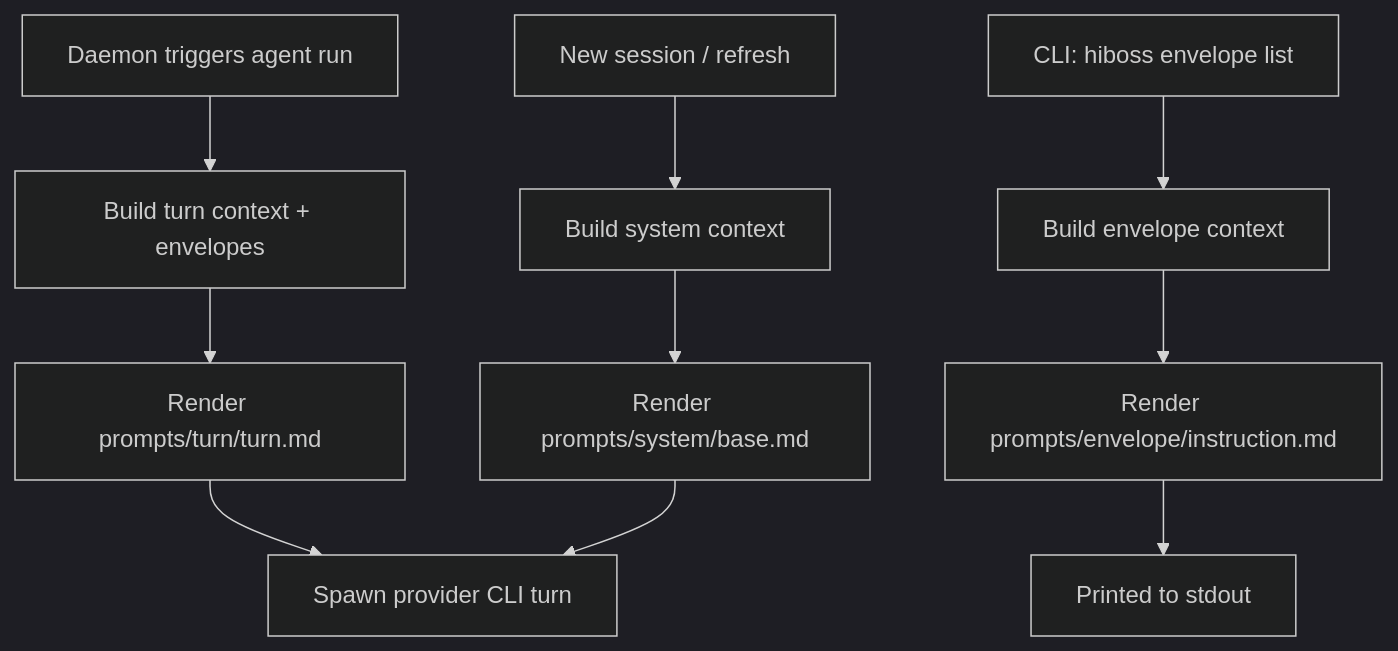
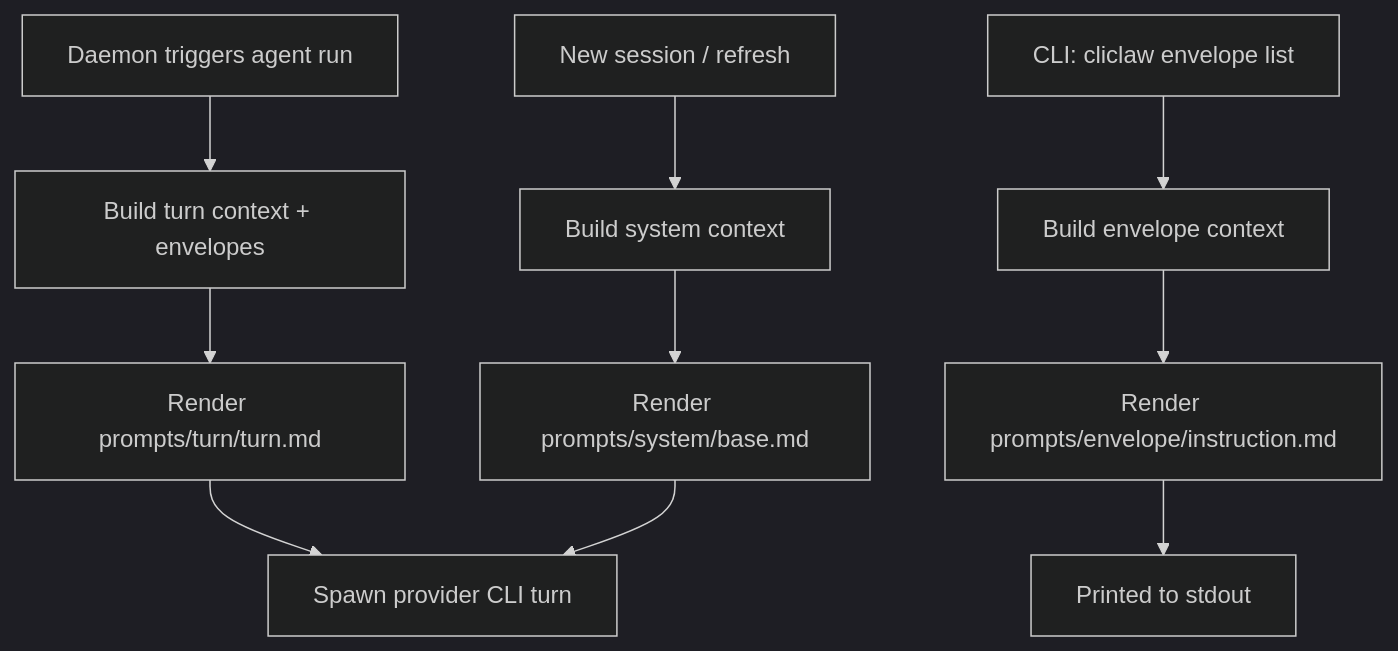
Before and after one commit to ylxmf2005/CLIClaw: the diagram in prompts/README.md, drawn with Mermaid (dark theme). The commit also changed other lines of this file and 194 other files, not shown here.

Commit message:
refactor(branding): rename hiboss to cliclaw globally

````diff
--- a/prompts/README.md
+++ b/prompts/README.md
@@ -64,14 +64,14 @@
 ```mermaid
 flowchart TD
   A[Daemon triggers agent run] --> B[Build turn context + envelopes]
   B --> C[Render prompts/turn/turn.md]
   C --> D[Spawn provider CLI turn]
 
   E[New session / refresh] --> F[Build system context]
   F --> G[Render prompts/system/base.md]
   G --> D
 
-  I[CLI: hiboss envelope list] --> J[Build envelope context]
+  I[CLI: cliclaw envelope list] --> J[Build envelope context]
   J --> K[Render prompts/envelope/instruction.md]
   K --> L[Printed to stdout]
 ```
````
